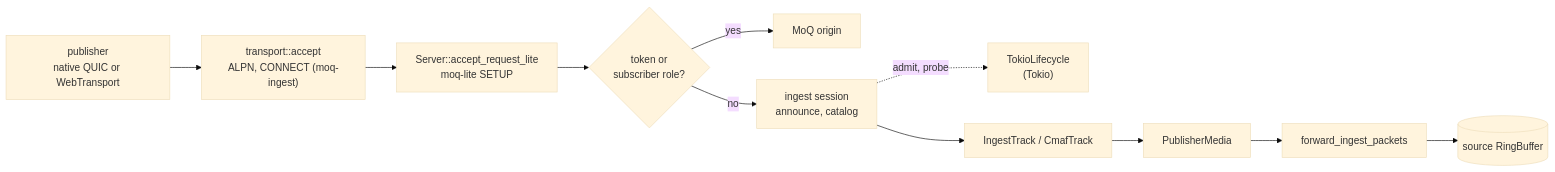
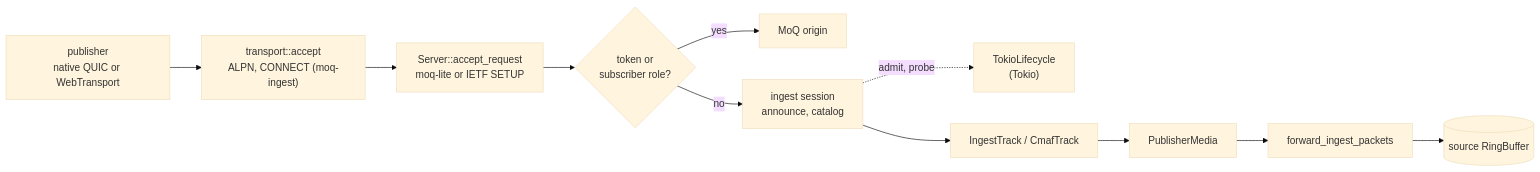
One commit to krsna1729/restream changed diagram 12 of 15 in docs/media-pipeline.md. Above: the diagram before and after it, drawn with Mermaid (base theme). The commit also changed other lines of this file and 21 other files, not shown here.

````diff
--- a/docs/media-pipeline.md
+++ b/docs/media-pipeline.md
@@ -807,13 +808,13 @@
 ```mermaid
 flowchart LR
     Pub["publisher<br/>native QUIC or WebTransport"] --> Accept["transport::accept<br/>ALPN, CONNECT (moq-ingest)"]
-    Accept --> Setup["Server::accept_request_lite<br/>moq-lite SETUP"]
+    Accept --> Setup["Server::accept_request<br/>moq-lite or IETF SETUP"]
     Setup --> Route{"token or<br/>subscriber role?"}
     Route -->|yes| Origin["MoQ origin"]
     Route -->|no| Session["ingest session<br/>announce, catalog"]
     Session -.->|"admit, probe"| Tokio["TokioLifecycle<br/>(Tokio)"]
     Session --> Tracks["IngestTrack / CmafTrack"]
     Tracks --> Media["PublisherMedia"]
     Media --> Forward["forward_ingest_packets"]
     Forward --> Ring[("source RingBuffer")]
 ```
````
